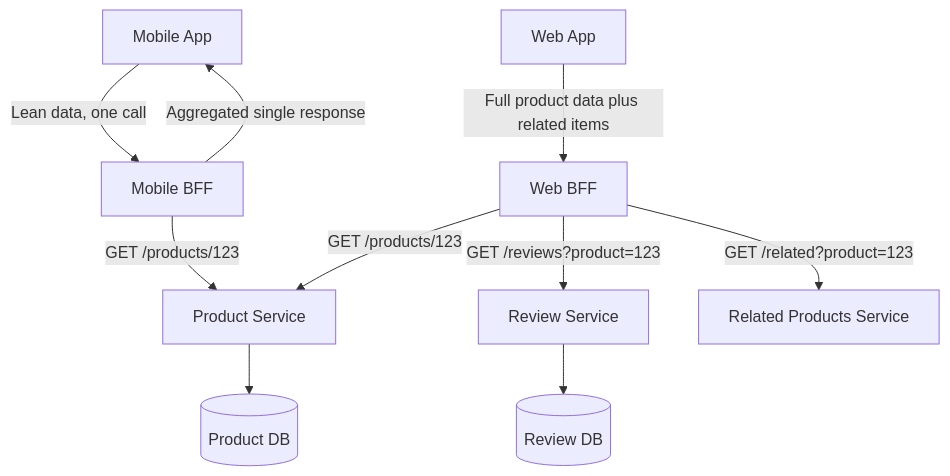
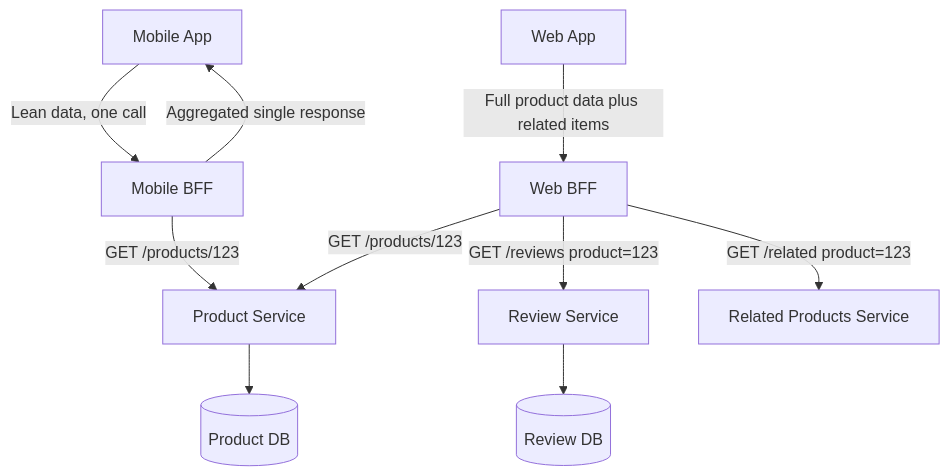
The ninth of 17 diagrams in Section0/Chapter_2_APIs_Frontend_Backend_DB.md (ranjeetnegi/System-Design-for-Staff-SWE), drawn with Mermaid before and after one commit. The commit also changed other lines of this file and 11 other files, not shown here.

````diff
--- a/Section0/Chapter_2_APIs_Frontend_Backend_DB.md
+++ b/Section0/Chapter_2_APIs_Frontend_Backend_DB.md
@@ -596,15 +596,15 @@
 ```mermaid
 graph TD
     WebApp[Web App] -->|Full product data plus related items| WebBFF[Web BFF]
     MobileApp[Mobile App] -->|Lean data, one call| MobileBFF[Mobile BFF]
 
     WebBFF -->|GET /products/123| PS[Product Service]
-    WebBFF -->|GET /reviews?product=123| RS[Review Service]
-    WebBFF -->|GET /related?product=123| RelS[Related Products Service]
+    WebBFF -->|GET /reviews product=123| RS[Review Service]
+    WebBFF -->|GET /related product=123| RelS[Related Products Service]
 
     MobileBFF -->|GET /products/123| PS
     MobileBFF -->|Aggregated single response| MobileApp
 
     PS --> ProductDB[(Product DB)]
     RS --> ReviewDB[(Review DB)]
 ```
````
